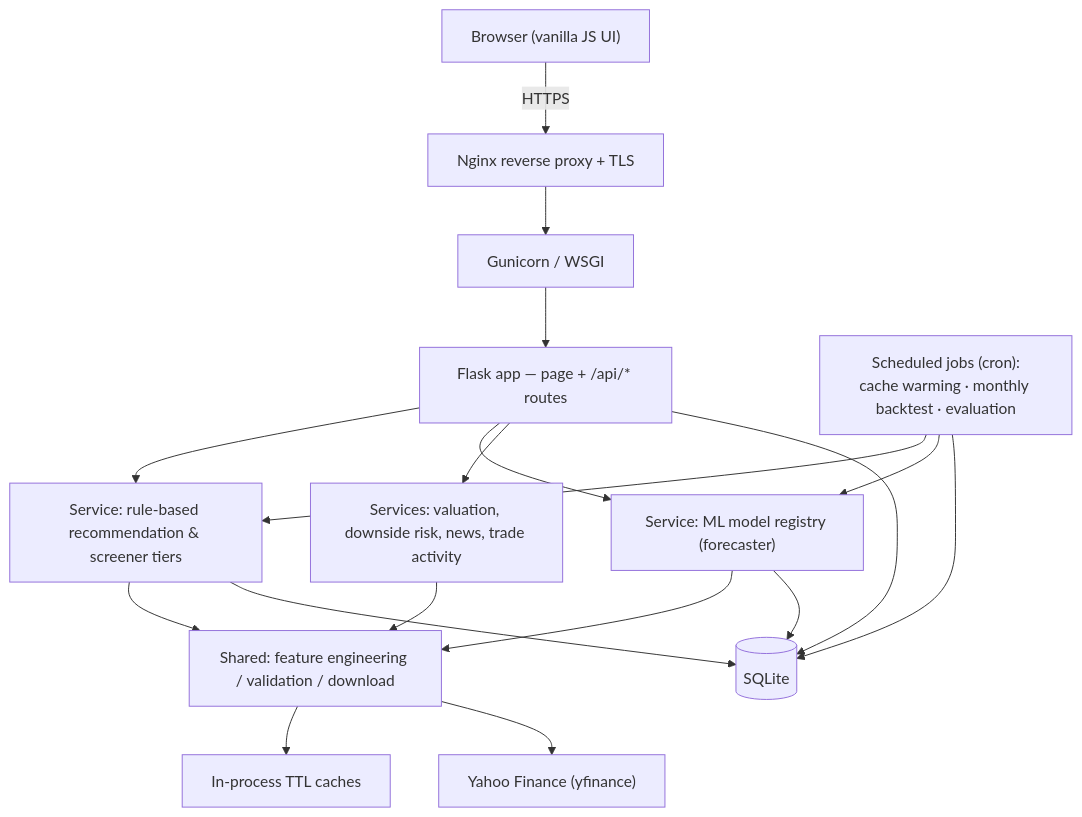
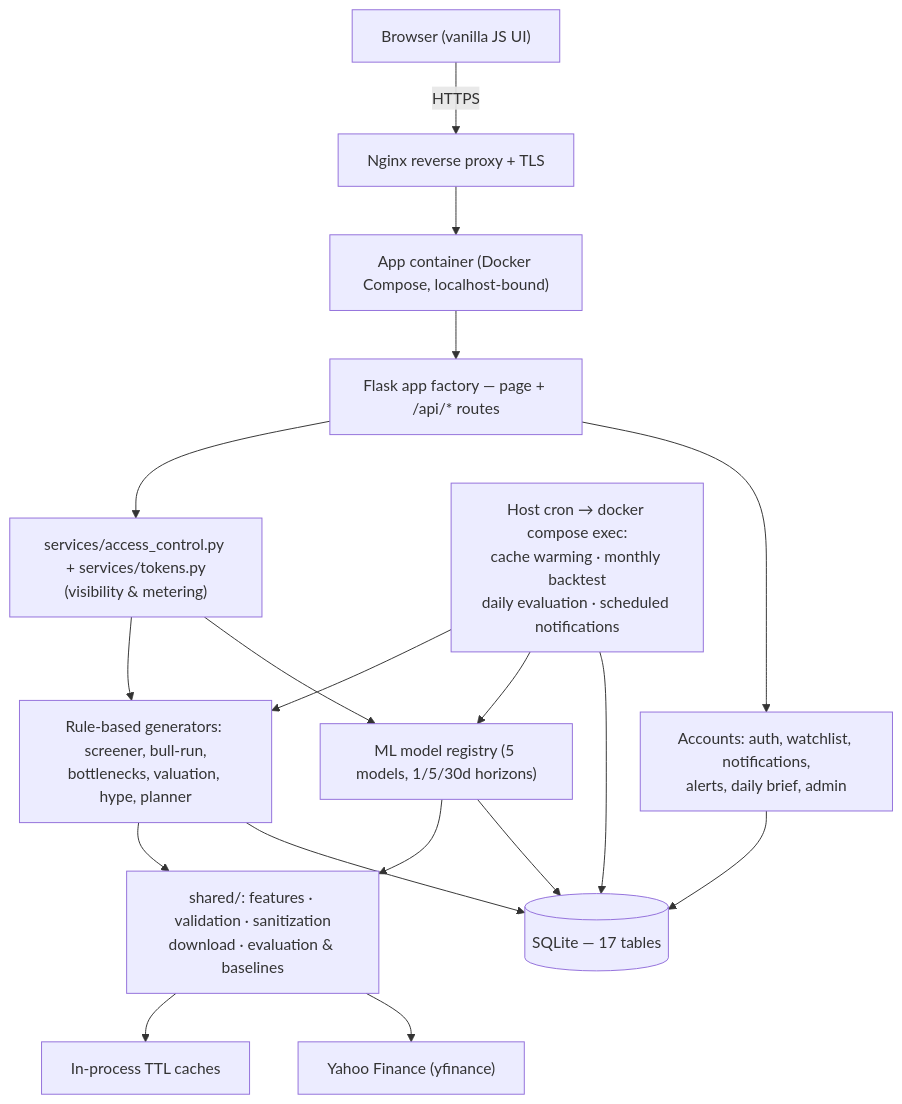
The diagram in README.md (icetomb/RYCHEZT), drawn with Mermaid before and after one commit. The commit also changed other lines of this file, not shown here.

````diff
--- a/README.md
+++ b/README.md
@@ -56,24 +87,24 @@
 ```mermaid
 flowchart TD
     User["Browser (vanilla JS UI)"] -->|HTTPS| Nginx["Nginx reverse proxy + TLS"]
-    Nginx --> Gunicorn["Gunicorn / WSGI"]
-    Gunicorn --> Flask["Flask app — page + /api/* routes"]
+    Nginx --> Container["App container (Docker Compose, localhost-bound)"]
+    Container --> Flask["Flask app factory — page + /api/* routes"]
 
-    Flask --> SvcRec["Service: rule-based recommendation & screener tiers"]
-    Flask --> SvcML["Service: ML model registry (forecaster)"]
-    Flask --> SvcOther["Services: valuation, downside risk, news, trade activity"]
+    Flask --> Gate["services/access_control.py + services/tokens.py<br/>(visibility & metering)"]
+    Gate --> SvcRec["Rule-based generators: screener, bull-run,<br/>bottlenecks, valuation, hype, planner"]
+    Gate --> SvcML["ML model registry (5 models, 1/5/30d horizons)"]
+    Flask --> SvcAcct["Accounts: auth, watchlist, notifications,<br/>alerts, daily brief, admin"]
 
-    SvcML --> Shared["Shared: feature engineering / validation / download"]
+    SvcML --> Shared["shared/: features · validation · sanitization<br/>download · evaluation & baselines"]
     SvcRec --> Shared
-    SvcOther --> Shared
-
     Shared --> Cache["In-process TTL caches"]
     Shared --> YF["Yahoo Finance (yfinance)"]
-    SvcRec --> DB[("SQLite")]
+
+    SvcRec --> DB[("SQLite — 17 tables")]
     SvcML --> DB
-    Flask --> DB
+    SvcAcct --> DB
 
-    Cron["Scheduled jobs (cron):\ncache warming · monthly backtest · evaluation"] --> SvcRec
+    Cron["Host cron → docker compose exec:<br/>cache warming · monthly backtest<br/>daily evaluation · scheduled notifications"] --> SvcRec
     Cron --> SvcML
     Cron --> DB
 ```
````
